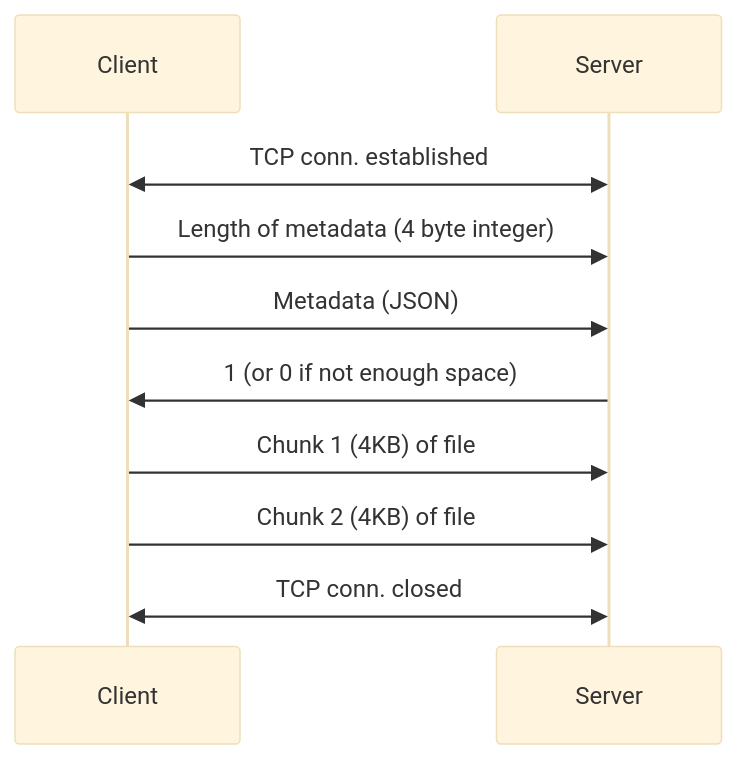
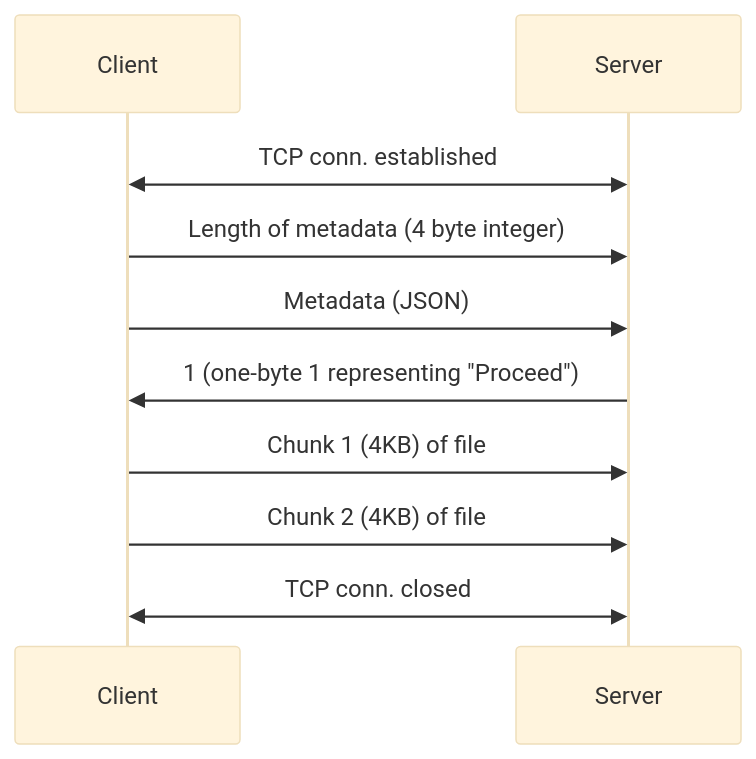
One commit to ajinspiro/HelloNetwork changed the diagram in Program-02-ChunkedDynamic/README.md. Above: the diagram before and after it, drawn with Mermaid (base theme).

````diff
--- a/Program-02-ChunkedDynamic/README.md
+++ b/Program-02-ChunkedDynamic/README.md
@@ -21,13 +21,13 @@
 ```mermaid
 sequenceDiagram
     participant Client
     participant Server
 
 Client<<->>Server:TCP conn. established
 Client->>Server:Length of metadata (4 byte integer)
 Client->>Server:Metadata (JSON)
-Server->>Client:1 (or 0 if not enough space)
+Server->>Client:1 (one-byte 1 representing "Proceed")
 Client->>Server:Chunk 1 (4KB) of file
 Client->>Server:Chunk 2 (4KB) of file
 Client<<->>Server:TCP conn. closed
 ```
````
